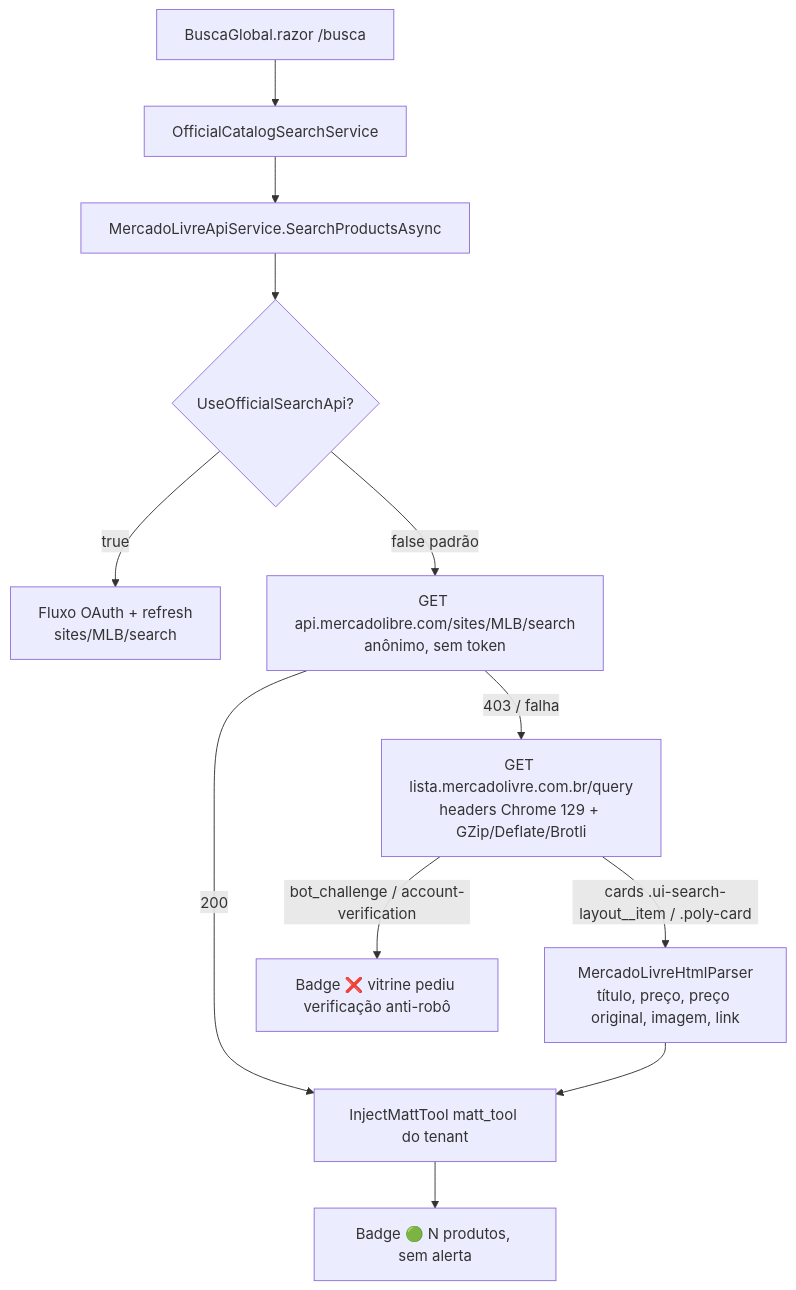
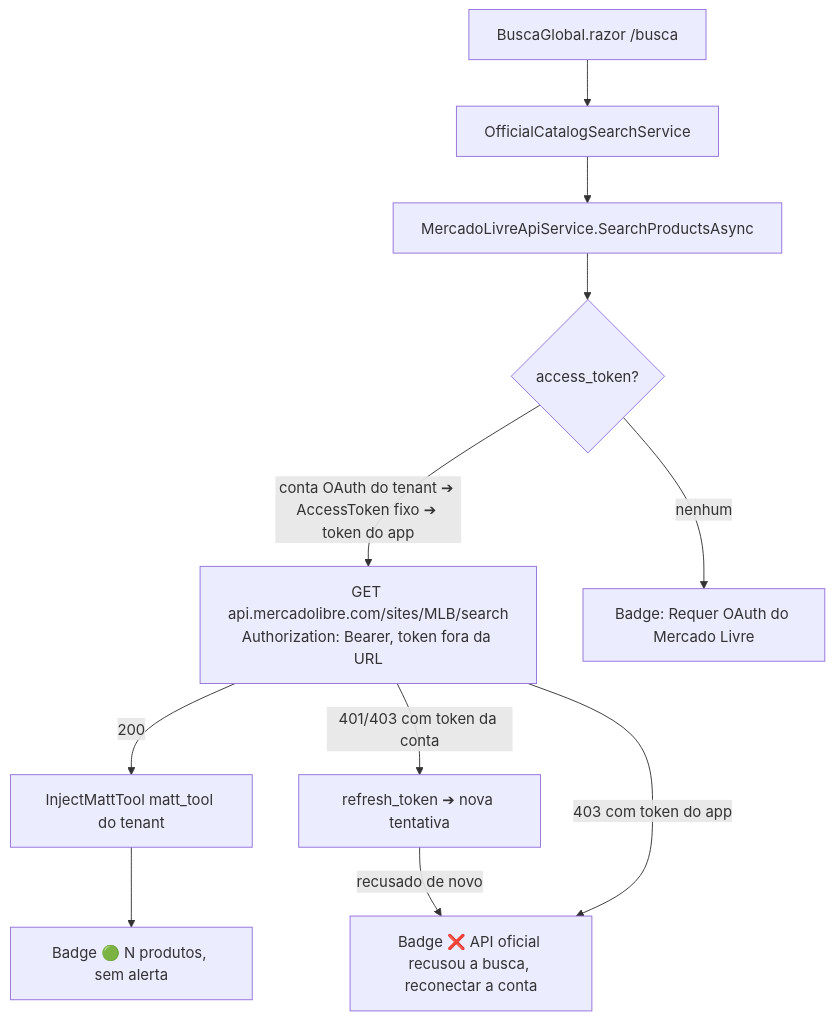
Diagram 24 of 29 in docs/DIAGRAMAS_ARQUITETURA.md (ronyaraujodeveloper/TecFlow), drawn with Mermaid before and after one commit. The commit also changed other lines of this file and 10 other files, not shown here.

Commit message:
fix(ml): busca de ofertas do Mercado Livre so pela API oficial com Bearer, sem vitrine publica

````diff
--- a/docs/DIAGRAMAS_ARQUITETURA.md
+++ b/docs/DIAGRAMAS_ARQUITETURA.md
@@ -1631,14 +1631,13 @@
 ```mermaid
 flowchart TB
   BG[BuscaGlobal.razor /busca] --> OCS[OfficialCatalogSearchService]
   OCS --> MLS[MercadoLivreApiService.SearchProductsAsync]
-  MLS --> FLAG{UseOfficialSearchApi?}
-  FLAG -->|true| OAUTH[Fluxo OAuth + refresh<br/>sites/MLB/search]
-  FLAG -->|false padrão| PUB[GET api.mercadolibre.com/sites/MLB/search<br/>anônimo, sem token]
-  PUB -->|200| MATT
-  PUB -->|403 / falha| LISTA[GET lista.mercadolivre.com.br/query<br/>headers Chrome 129 + GZip/Deflate/Brotli]
-  LISTA -->|cards .ui-search-layout__item / .poly-card| PARSER[MercadoLivreHtmlParser<br/>título, preço, preço original, imagem, link]
-  PARSER --> MATT[InjectMattTool matt_tool do tenant]
+  MLS --> TOKEN{access_token?}
+  TOKEN -->|conta OAuth do tenant ➔ AccessToken fixo ➔ token do app| OAUTH[GET api.mercadolibre.com/sites/MLB/search<br/>Authorization: Bearer, token fora da URL]
+  TOKEN -->|nenhum| CRED[Badge: Requer OAuth do Mercado Livre]
+  OAUTH -->|200| MATT[InjectMattTool matt_tool do tenant]
   MATT --> OK[Badge 🟢 N produtos, sem alerta]
-  LISTA -->|bot_challenge / account-verification| BLOCK[Badge ❌ vitrine pediu verificação anti-robô]
+  OAUTH -->|401/403 com token da conta| REFRESH[refresh_token ➔ nova tentativa]
+  REFRESH -->|recusado de novo| DENY[Badge ❌ API oficial recusou a busca, reconectar a conta]
+  OAUTH -->|403 com token do app| DENY
 ```
````
